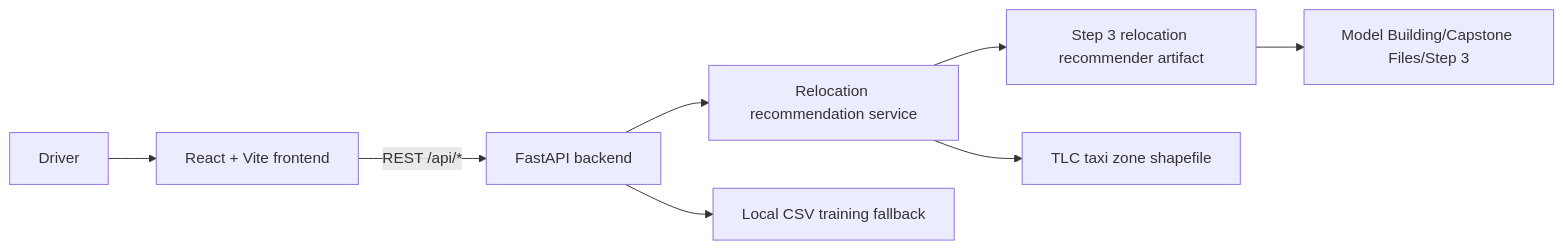
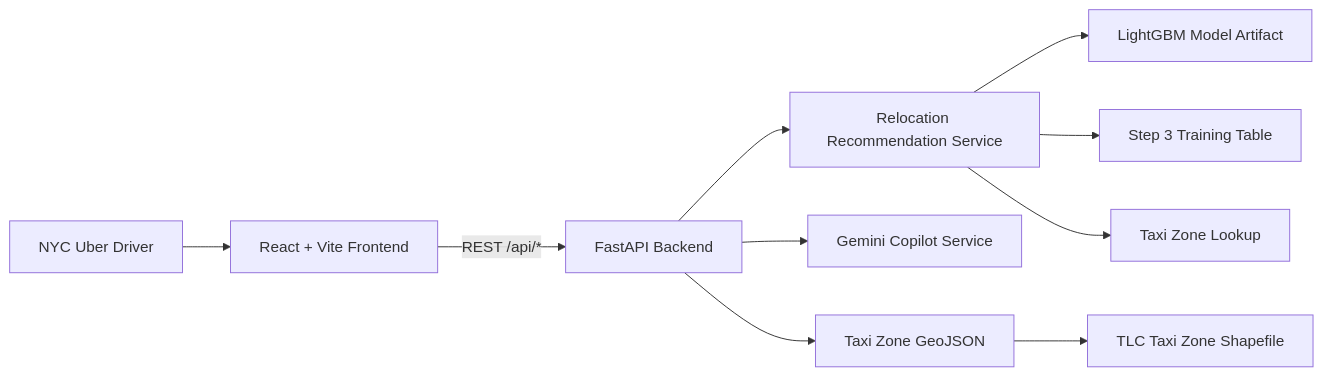
Before and after one commit to BodrulJalal/Rideshare-Decision-ML: the first of 2 diagrams in README.md, drawn with Mermaid. The commit also changed other lines of this file and 18 other files, not shown here.

````diff
--- a/README.md
+++ b/README.md
@@ -11,10 +45,12 @@
 ```mermaid
 flowchart LR
-    Driver[Driver] --> UI[React + Vite frontend]
-    UI -->|REST /api/*| API[FastAPI backend]
-    API --> Relocation[Relocation recommendation service]
-    Relocation --> RelocationArtifact[Step 3 relocation recommender artifact]
-    Relocation --> ZoneShapes[TLC taxi zone shapefile]
-    API --> LocalData[Local CSV training fallback]
-    RelocationArtifact --> Notebook[Model Building/Capstone Files/Step 3]
+    Driver[NYC Uber Driver] --> UI[React + Vite Frontend]
+    UI -->|REST /api/*| API[FastAPI Backend]
+    API --> Relocation[Relocation Recommendation Service]
+    API --> Copilot[Gemini Copilot Service]
+    API --> Geo[Taxi Zone GeoJSON]
+    Relocation --> Model[LightGBM Model Artifact]
+    Relocation --> Training[Step 3 Training Table]
+    Relocation --> Zones[Taxi Zone Lookup]
+    Geo --> Shapes[TLC Taxi Zone Shapefile]
 ```
````
